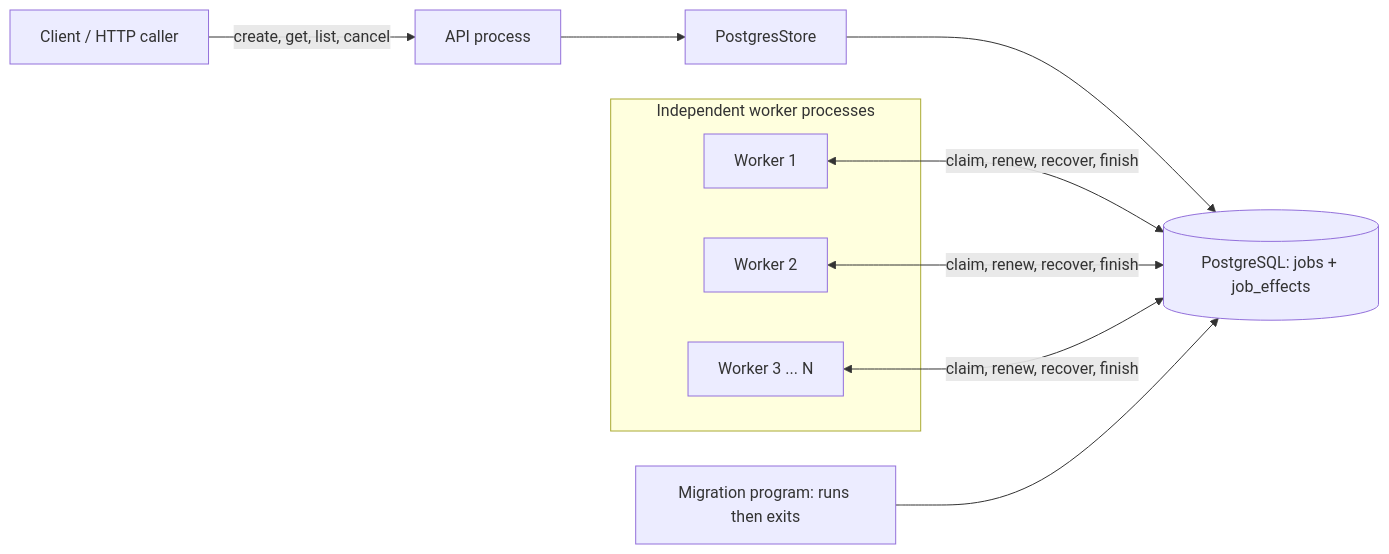
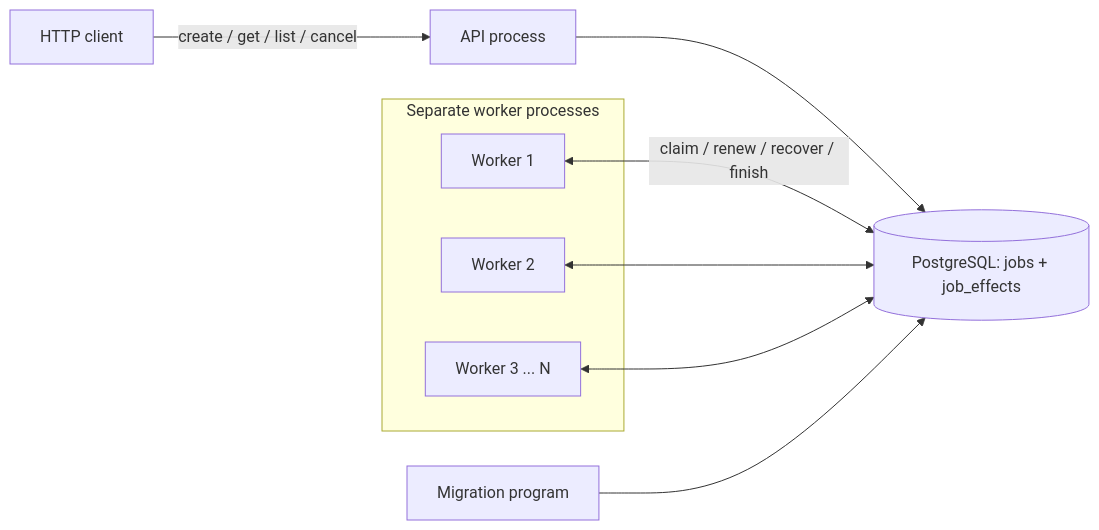
The first of 3 diagrams in README.md (amh1k/soup-job-queue), drawn with Mermaid before and after one commit. The commit also changed other lines of this file and 41 other files, not shown here.

````diff
--- a/README.md
+++ b/README.md
@@ -38,15 +30,14 @@
 ```mermaid
 flowchart LR
-    Client["Client / HTTP caller"] -->|"create, get, list, cancel"| API["API process"]
-    API --> Store["PostgresStore"]
-    Store --> DB[("PostgreSQL: jobs + job_effects")]
-    subgraph Workers["Independent worker processes"]
+    Client["HTTP client"] -->|"create / get / list / cancel"| API["API process"]
+    API --> DB[("PostgreSQL: jobs + job_effects")]
+    subgraph Workers["Separate worker processes"]
         W1["Worker 1"]
         W2["Worker 2"]
         WN["Worker 3 ... N"]
     end
-    W1 <-->|"claim, renew, recover, finish"| DB
-    W2 <-->|"claim, renew, recover, finish"| DB
-    WN <-->|"claim, renew, recover, finish"| DB
-    Migrate["Migration program: runs then exits"] --> DB
+    W1 <-->|"claim / renew / recover / finish"| DB
+    W2 <--> DB
+    WN <--> DB
+    Migration["Migration program"] --> DB
 ```
````
